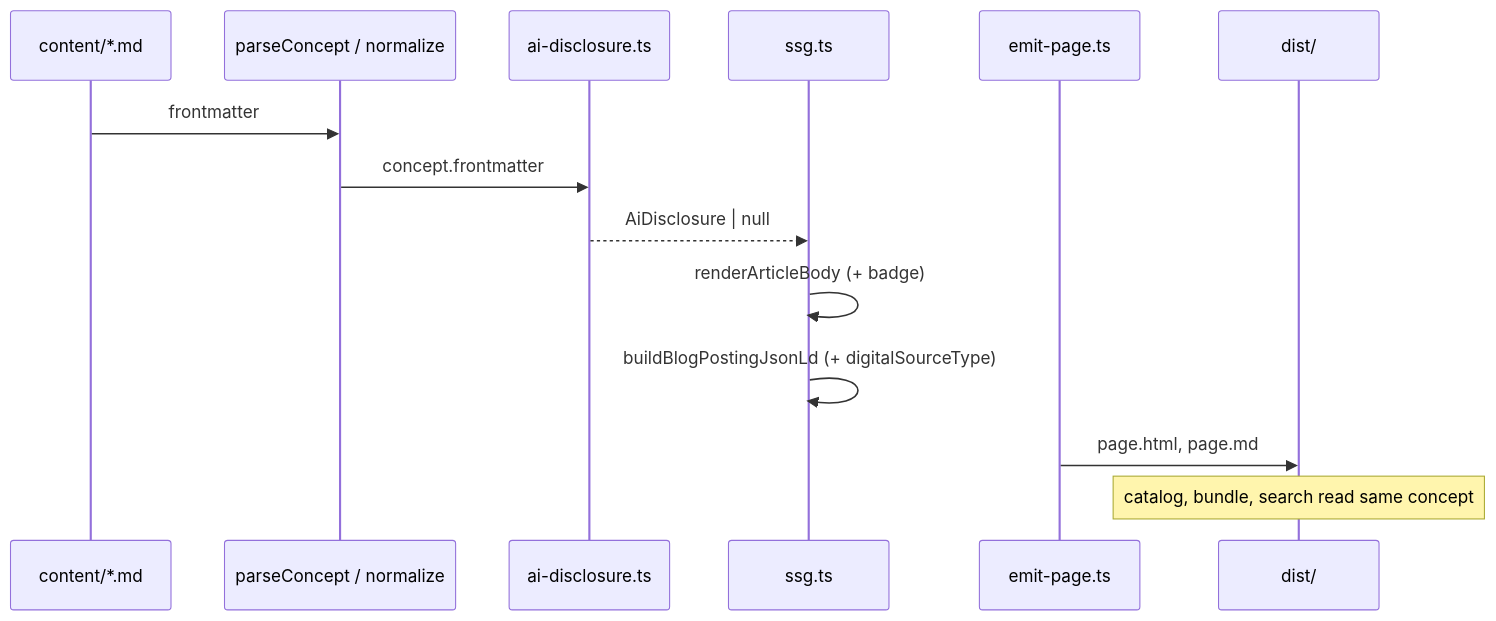
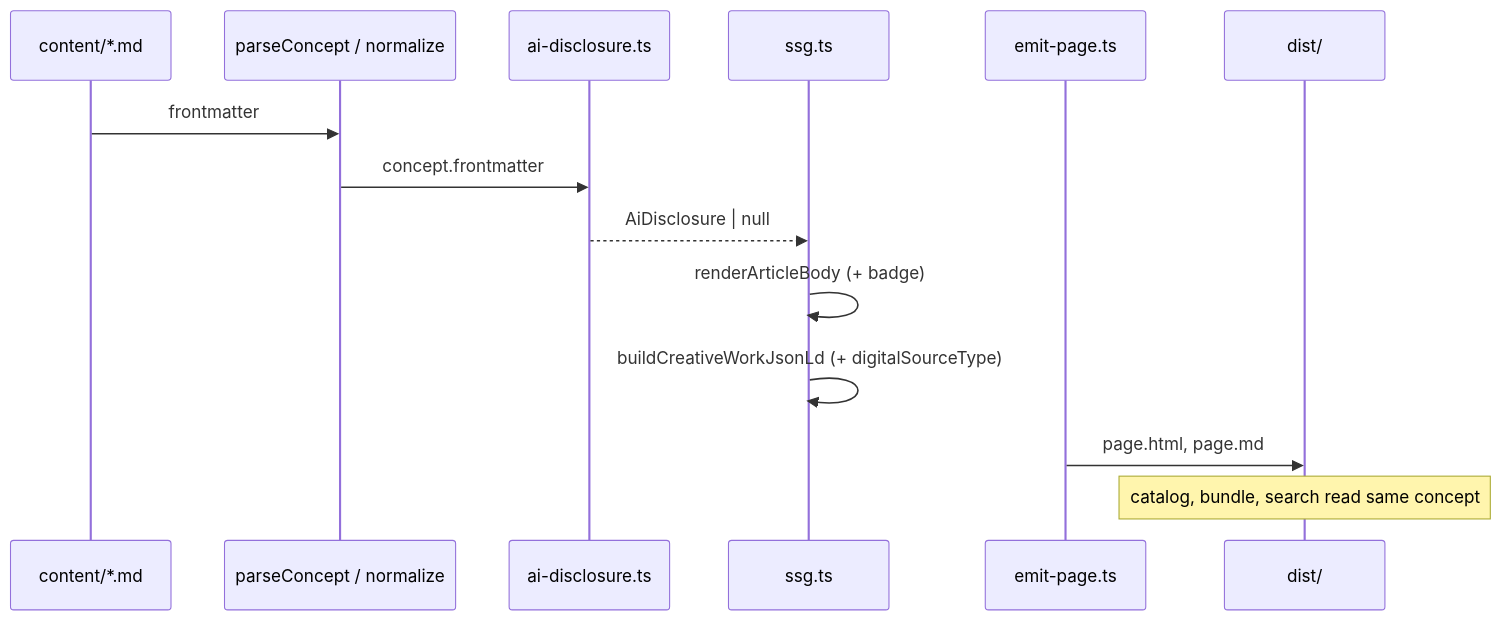
Before and after one commit to masanork/sorane: the second of 4 diagrams in design/ai-content-disclosure.md, drawn with Mermaid. The commit also changed other lines of this file and 30 other files, not shown here.

````diff
--- a/design/ai-content-disclosure.md
+++ b/design/ai-content-disclosure.md
@@ -446,17 +446,17 @@
 ```mermaid
 sequenceDiagram
   participant MD as content/*.md
   participant OKF as parseConcept / normalize
   participant AD as ai-disclosure.ts
   participant SSG as ssg.ts
   participant EM as emit-page.ts
   participant OUT as dist/
 
   MD->>OKF: frontmatter
   OKF->>AD: concept.frontmatter
   AD-->>SSG: AiDisclosure | null
   SSG->>SSG: renderArticleBody (+ badge)
-  SSG->>SSG: buildBlogPostingJsonLd (+ digitalSourceType)
+  SSG->>SSG: buildCreativeWorkJsonLd (+ digitalSourceType)
   EM->>OUT: page.html, page.md
   Note over OUT: catalog, bundle, search read same concept
 ```
````
